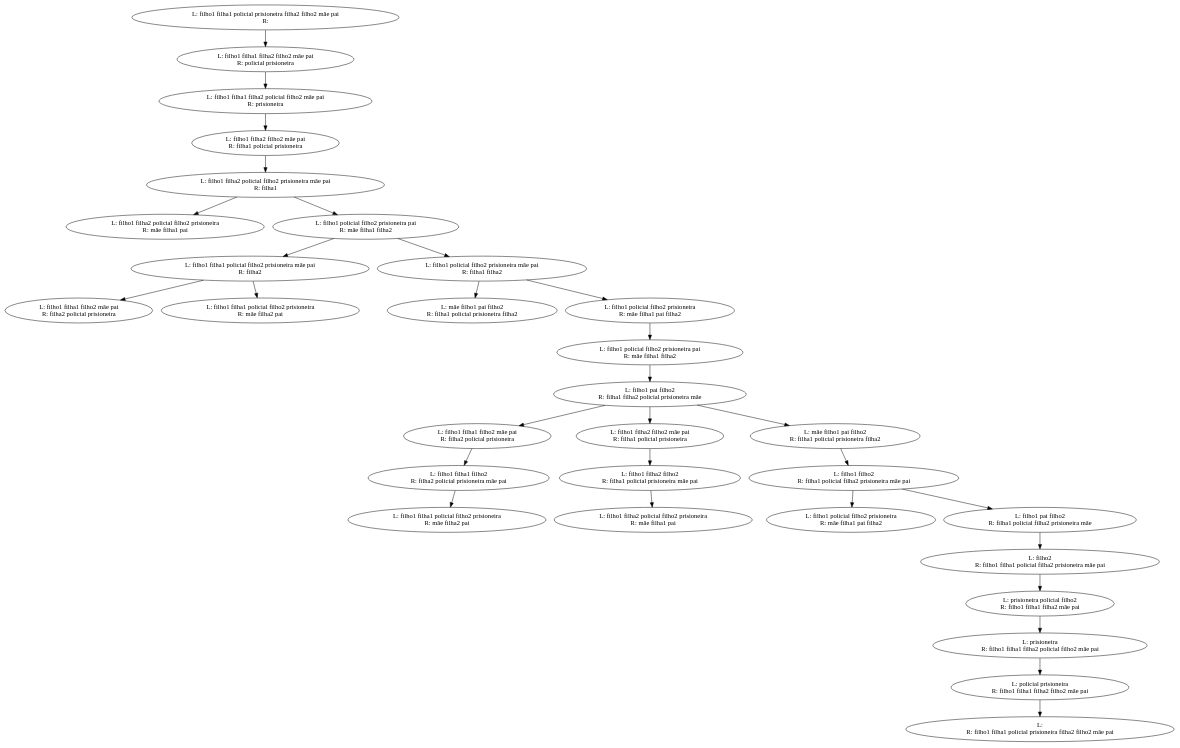
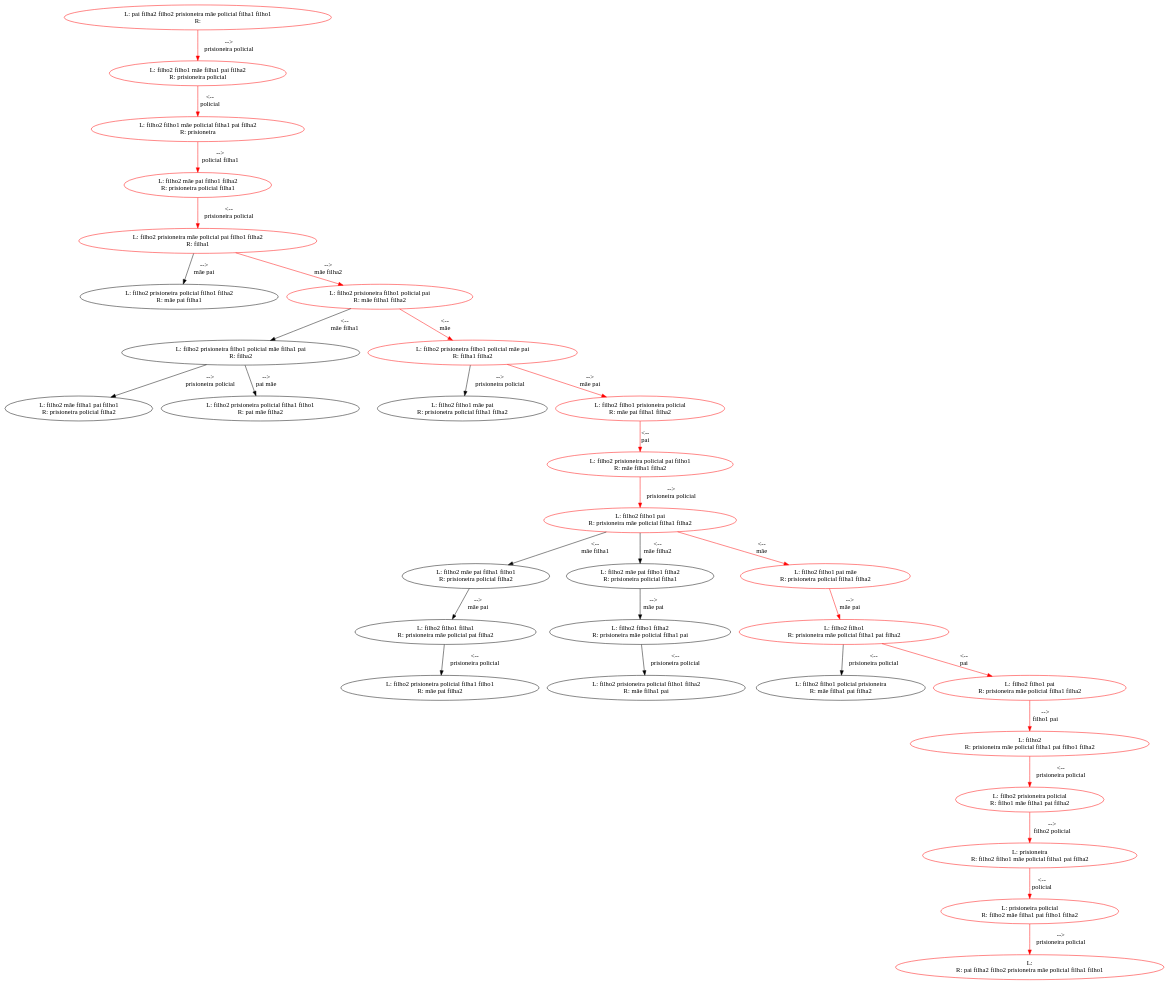
Before and after one commit to infingardi/Travessia-do-rio: the diagram in Trees/backtrackingTree.dot, drawn with Graphviz. The commit also changed 26 other files, not shown here.

```diff
--- a/Trees/backtrackingTree.dot
+++ b/Trees/backtrackingTree.dot
@@ -1,91 +1,179 @@
 digraph {
-0 [label="L: filho1 filha1 policial prisioneira filha2 filho2 mãe pai
-R: "]
-0 -> 1
-1 [label="L: filho1 filha1 filha2 filho2 mãe pai
-R: policial prisioneira"]
-1 -> 2
-2 [label="L: filho1 filha1 filha2 policial filho2 mãe pai
-R: prisioneira"]
-2 -> 3
-3 [label="L: filho1 filha2 filho2 mãe pai
-R: filha1 policial prisioneira"]
-3 -> 4
-4 [label="L: filho1 filha2 policial filho2 prisioneira mãe pai
-R: filha1"]
-4 -> 5
-5 [label="L: filho1 filha2 policial filho2 prisioneira
-R: mãe filha1 pai"]
-4 -> 6
-6 [label="L: filho1 policial filho2 prisioneira pai
-R: mãe filha1 filha2"]
-6 -> 7
-7 [label="L: filho1 filha1 policial filho2 prisioneira mãe pai
-R: filha2"]
-7 -> 8
-8 [label="L: filho1 filha1 filho2 mãe pai
-R: filha2 policial prisioneira"]
-7 -> 9
-9 [label="L: filho1 filha1 policial filho2 prisioneira
-R: mãe filha2 pai"]
-6 -> 10
-10 [label="L: filho1 policial filho2 prisioneira mãe pai
-R: filha1 filha2"]
-10 -> 11
-11 [label="L: mãe filho1 pai filho2
-R: filha1 policial prisioneira filha2"]
-10 -> 12
-12 [label="L: filho1 policial filho2 prisioneira
-R: mãe filha1 pai filha2"]
-12 -> 13
-13 [label="L: filho1 policial filho2 prisioneira pai
-R: mãe filha1 filha2"]
-13 -> 14
-14 [label="L: filho1 pai filho2
-R: filha1 filha2 policial prisioneira mãe"]
-14 -> 15
-15 [label="L: filho1 filha1 filho2 mãe pai
-R: filha2 policial prisioneira"]
-15 -> 16
-16 [label="L: filho1 filha1 filho2
-R: filha2 policial prisioneira mãe pai"]
-16 -> 17
-17 [label="L: filho1 filha1 policial filho2 prisioneira
-R: mãe filha2 pai"]
-14 -> 18
-18 [label="L: filho1 filha2 filho2 mãe pai
-R: filha1 policial prisioneira"]
-18 -> 19
-19 [label="L: filho1 filha2 filho2
-R: filha1 policial prisioneira mãe pai"]
-19 -> 20
-20 [label="L: filho1 filha2 policial filho2 prisioneira
-R: mãe filha1 pai"]
-14 -> 21
-21 [label="L: mãe filho1 pai filho2
-R: filha1 policial prisioneira filha2"]
-21 -> 22
-22 [label="L: filho1 filho2
-R: filha1 policial filha2 prisioneira mãe pai"]
-22 -> 23
-23 [label="L: filho1 policial filho2 prisioneira
-R: mãe filha1 pai filha2"]
-22 -> 24
-24 [label="L: filho1 pai filho2
-R: filha1 policial filha2 prisioneira mãe"]
-24 -> 25
+0 [label="L: pai filha2 filho2 prisioneira mãe policial filha1 filho1
+R: 
+"][color="red"]
+0 -> 1 [label="-->
+prisioneira policial
+"][color="red"]
+1 [label="L: filho2 filho1 mãe filha1 pai filha2
+R: prisioneira policial
+"][color="red"]
+1 -> 2 [label="<--
+policial
+"][color="red"]
+2 [label="L: filho2 filho1 mãe policial filha1 pai filha2
+R: prisioneira
+"][color="red"]
+2 -> 3 [label="-->
+policial filha1
+"][color="red"]
+3 [label="L: filho2 mãe pai filho1 filha2
+R: prisioneira policial filha1
+"][color="red"]
+3 -> 4 [label="<--
+prisioneira policial
+"][color="red"]
+4 [label="L: filho2 prisioneira mãe policial pai filho1 filha2
+R: filha1
+"][color="red"]
+4 -> 5 [label="-->
+mãe pai
+"]
+5 [label="L: filho2 prisioneira policial filho1 filha2
+R: mãe pai filha1
+"]
+4 -> 6 [label="-->
+mãe filha2
+"][color="red"]
+6 [label="L: filho2 prisioneira filho1 policial pai
+R: mãe filha1 filha2
+"][color="red"]
+6 -> 7 [label="<--
+mãe filha1
+"]
+7 [label="L: filho2 prisioneira filho1 policial mãe filha1 pai
+R: filha2
+"]
+7 -> 8 [label="-->
+prisioneira policial
+"]
+8 [label="L: filho2 mãe filha1 pai filho1
+R: prisioneira policial filha2
+"]
+7 -> 9 [label="-->
+pai mãe
+"]
+9 [label="L: filho2 prisioneira policial filha1 filho1
+R: pai mãe filha2
+"]
+6 -> 10 [label="<--
+mãe
+"][color="red"]
+10 [label="L: filho2 prisioneira filho1 policial mãe pai
+R: filha1 filha2
+"][color="red"]
+10 -> 11 [label="-->
+prisioneira policial
+"]
+11 [label="L: filho2 filho1 mãe pai
+R: prisioneira policial filha1 filha2
+"]
+10 -> 12 [label="-->
+mãe pai
+"][color="red"]
+12 [label="L: filho2 filho1 prisioneira policial
+R: mãe pai filha1 filha2
+"][color="red"]
+12 -> 13 [label="<--
+pai
+"][color="red"]
+13 [label="L: filho2 prisioneira policial pai filho1
+R: mãe filha1 filha2
+"][color="red"]
+13 -> 14 [label="-->
+prisioneira policial
+"][color="red"]
+14 [label="L: filho2 filho1 pai
+R: prisioneira mãe policial filha1 filha2
+"][color="red"]
+14 -> 15 [label="<--
+mãe filha1
+"]
+15 [label="L: filho2 mãe pai filha1 filho1
+R: prisioneira policial filha2
+"]
+15 -> 16 [label="-->
+mãe pai
+"]
+16 [label="L: filho2 filho1 filha1
+R: prisioneira mãe policial pai filha2
+"]
+16 -> 17 [label="<--
+prisioneira policial
+"]
+17 [label="L: filho2 prisioneira policial filha1 filho1
+R: mãe pai filha2
+"]
+14 -> 18 [label="<--
+mãe filha2
+"]
+18 [label="L: filho2 mãe pai filho1 filha2
+R: prisioneira policial filha1
+"]
+18 -> 19 [label="-->
+mãe pai
+"]
+19 [label="L: filho2 filho1 filha2
+R: prisioneira mãe policial filha1 pai
+"]
+19 -> 20 [label="<--
+prisioneira policial
+"]
+20 [label="L: filho2 prisioneira policial filho1 filha2
+R: mãe filha1 pai
+"]
+14 -> 21 [label="<--
+mãe
+"][color="red"]
+21 [label="L: filho2 filho1 pai mãe
+R: prisioneira policial filha1 filha2
+"][color="red"]
+21 -> 22 [label="-->
+mãe pai
+"][color="red"]
+22 [label="L: filho2 filho1
+R: prisioneira mãe policial filha1 pai filha2
+"][color="red"]
+22 -> 23 [label="<--
+prisioneira policial
+"]
+23 [label="L: filho2 filho1 policial prisioneira
+R: mãe filha1 pai filha2
+"]
+22 -> 24 [label="<--
+pai
+"][color="red"]
+24 [label="L: filho2 filho1 pai
+R: prisioneira mãe policial filha1 filha2
+"][color="red"]
+24 -> 25 [label="-->
+filho1 pai
+"][color="red"]
 25 [label="L: filho2
-R: filho1 filha1 policial filha2 prisioneira mãe pai"]
-25 -> 26
-26 [label="L: prisioneira policial filho2
-R: filho1 filha1 filha2 mãe pai"]
-26 -> 27
+R: prisioneira mãe policial filha1 pai filho1 filha2
+"][color="red"]
+25 -> 26 [label="<--
+prisioneira policial
+"][color="red"]
+26 [label="L: filho2 prisioneira policial
+R: filho1 mãe filha1 pai filha2
+"][color="red"]
+26 -> 27 [label="-->
+filho2 policial
+"][color="red"]
 27 [label="L: prisioneira
-R: filho1 filha1 filha2 policial filho2 mãe pai"]
-27 -> 28
-28 [label="L: policial prisioneira
-R: filho1 filha1 filha2 filho2 mãe pai"]
-28 -> 29
+R: filho2 filho1 mãe policial filha1 pai filha2
+"][color="red"]
+27 -> 28 [label="<--
+policial
+"][color="red"]
+28 [label="L: prisioneira policial
+R: filho2 mãe filha1 pai filho1 filha2
+"][color="red"]
+28 -> 29 [label="-->
+prisioneira policial
+"][color="red"]
 29 [label="L: 
-R: filho1 filha1 policial prisioneira filha2 filho2 mãe pai"]
+R: pai filha2 filho2 prisioneira mãe policial filha1 filho1
+"][color="red"]
 }
```
